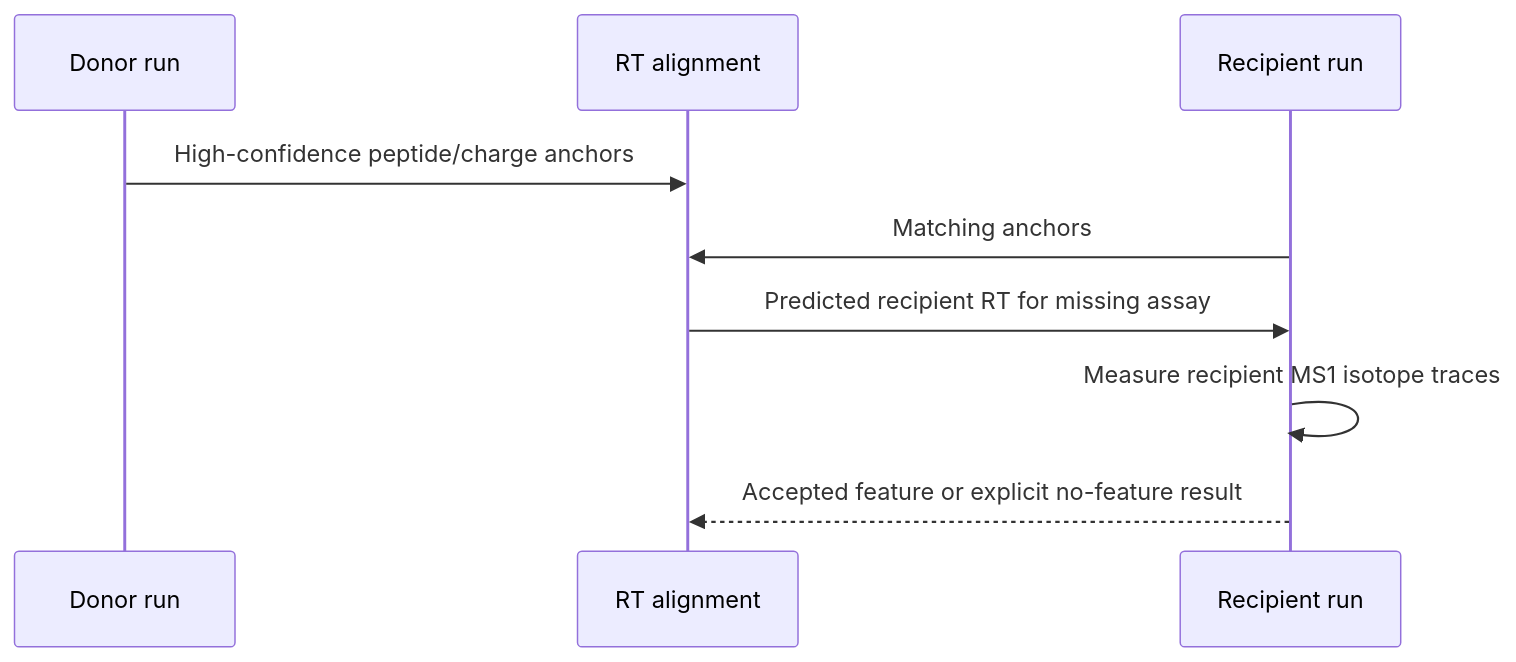
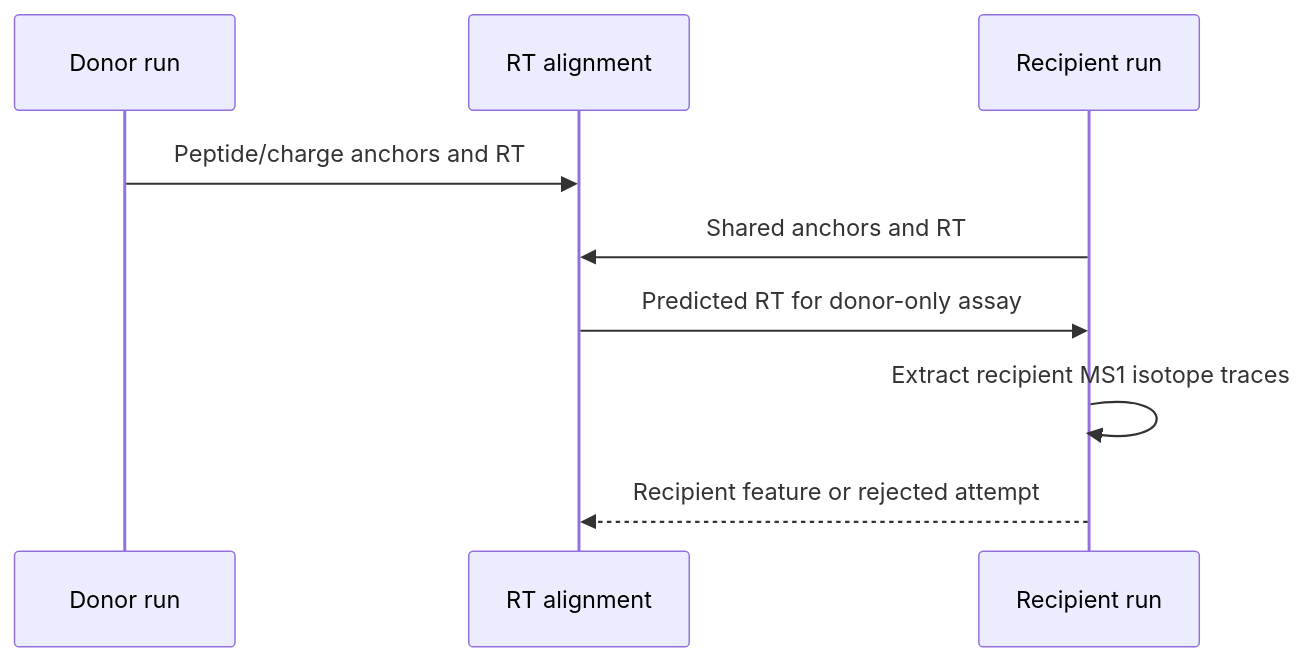
Before and after one commit to ATPs/biosaur2: the diagram in docs/project-workflow.md, drawn with Mermaid. The commit also changed other lines of this file and 27 other files, not shown here.

````diff
--- a/docs/project-workflow.md
+++ b/docs/project-workflow.md
@@ -40,11 +42,11 @@
 ```mermaid
 sequenceDiagram
     participant D as Donor run
     participant A as RT alignment
     participant R as Recipient run
-    D->>A: High-confidence peptide/charge anchors
-    R->>A: Matching anchors
-    A->>R: Predicted recipient RT for missing assay
-    R->>R: Measure recipient MS1 isotope traces
-    R-->>A: Accepted feature or explicit no-feature result
+    D->>A: Peptide/charge anchors and RT
+    R->>A: Shared anchors and RT
+    A->>R: Predicted RT for donor-only assay
+    R->>R: Extract recipient MS1 isotope traces
+    R-->>A: Recipient feature or rejected attempt
 ```
````
